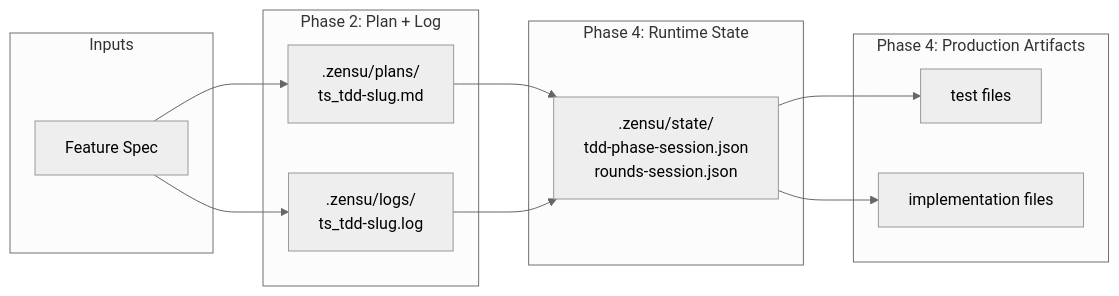
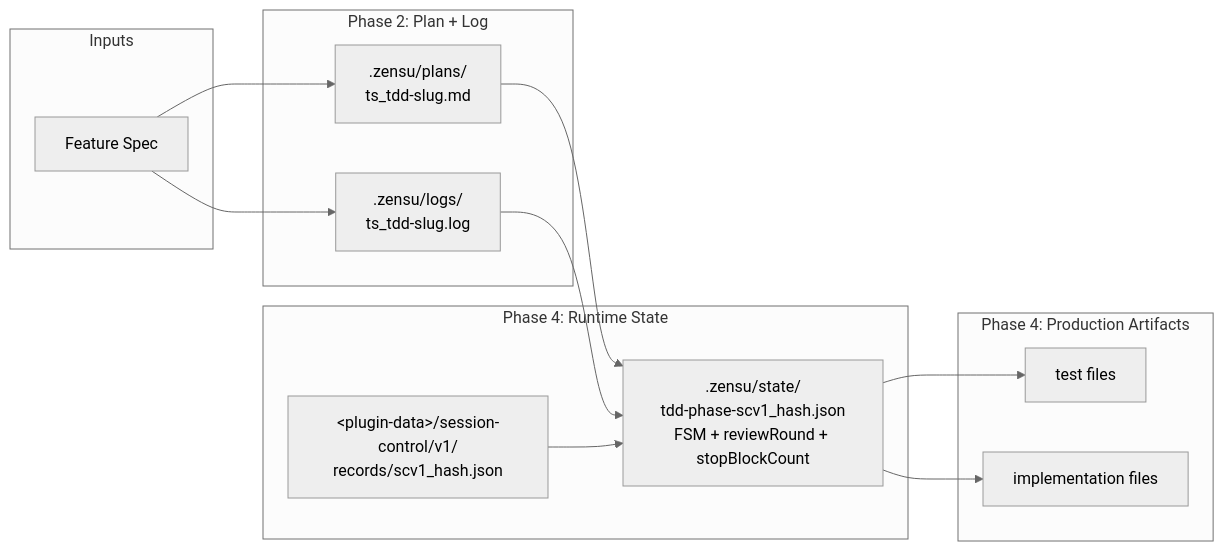
Before and after one commit to MKITConsulting/zensu-claude-code: the third of 4 diagrams in docs/tdd-manager-workflow.md, drawn with Mermaid (neutral theme). The commit also changed other lines of this file and 278 other files, not shown here.

````diff
--- a/docs/tdd-manager-workflow.md
+++ b/docs/tdd-manager-workflow.md
@@ -187,23 +214,25 @@
 ```mermaid
 flowchart LR
     subgraph Inputs
       Spec[Feature Spec]
     end
     subgraph Plan_Phase[Phase 2: Plan + Log]
       Plan[.zensu/plans/<br/>ts_tdd-slug.md]
       Log[.zensu/logs/<br/>ts_tdd-slug.log]
     end
     subgraph Runtime_State[Phase 4: Runtime State]
-      State[.zensu/state/<br/>tdd-phase-session.json<br/>rounds-session.json]
+      State[.zensu/state/<br/>tdd-phase-scv1_hash.json<br/>FSM + reviewRound + stopBlockCount]
+      Context[&lt;plugin-data&gt;/session-control/v1/<br/>records/scv1_hash.json]
     end
     subgraph Production[Phase 4: Production Artifacts]
       Tests[test files]
       Code[implementation files]
     end
     Spec --> Plan
     Spec --> Log
     Plan --> State
     Log --> State
+    Context --> State
     State --> Tests
     State --> Code
 ```
````
